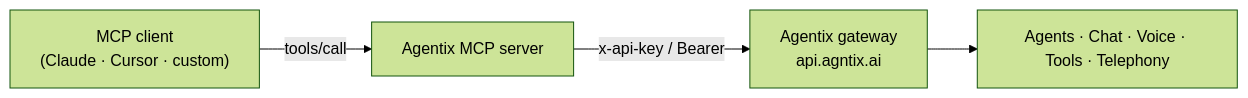
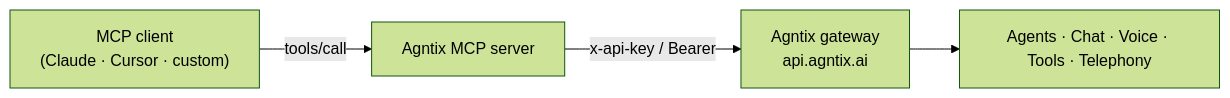
Before and after one commit to CNTXTFZCO0/agntix-docs: the diagram in mcp/overview.mdx, drawn with Mermaid (forest theme). The commit also changed other lines of this file and 39 other files, not shown here.

First line of the commit message:
fix: update references from Agentix to Agntix across documentation

````diff
--- a/mcp/overview.mdx
+++ b/mcp/overview.mdx
@@ -51,6 +51,6 @@
 ```mermaid
 flowchart LR
-  C["MCP client<br/>(Claude · Cursor · custom)"] -->|tools/call| M["Agentix MCP server"]
-  M -->|x-api-key / Bearer| G["Agentix gateway<br/>api.agntix.ai"]
+  C["MCP client<br/>(Claude · Cursor · custom)"] -->|tools/call| M["Agntix MCP server"]
+  M -->|x-api-key / Bearer| G["Agntix gateway<br/>api.agntix.ai"]
   G --> S["Agents · Chat · Voice · Tools · Telephony"]
 ```
````
